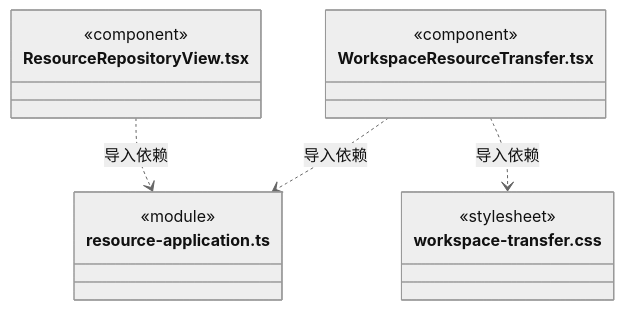
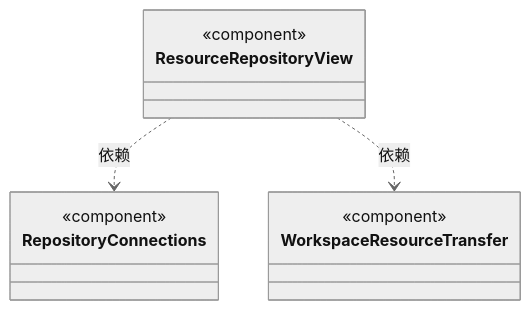
One commit to nan023062/cbim changed the diagram in src/view/resources/ARCHITECTURE.md. Above: the diagram before and after it, drawn with Mermaid (neutral theme). The commit also changed other lines of this file and 158 other files, not shown here.

Commit message:
docs: model architecture through nested virtual encapsulations

````diff
--- a/src/view/resources/ARCHITECTURE.md
+++ b/src/view/resources/ARCHITECTURE.md
@@ -346,18 +21,17 @@
 ```mermaid
 classDiagram
-class N_src_view_resources_ResourceRepositoryView_tsx["ResourceRepositoryView.tsx"] {
+class N_b797aca046dd["ResourceRepositoryView"] {
   <<component>>
 }
-class N_src_view_resources_resource_application_ts["resource-application.ts"] {
-  <<module>>
-}
-class N_src_view_resources_WorkspaceResourceTransfer_tsx["WorkspaceResourceTransfer.tsx"] {
+click N_b797aca046dd href "ResourceRepositoryView.tsx"
+class N_8c9735b973da["RepositoryConnections"] {
   <<component>>
 }
-class N_src_view_resources_workspace_transfer_css["workspace-transfer.css"] {
-  <<stylesheet>>
+click N_8c9735b973da href "RepositoryConnections.tsx"
+class N_2af600758a68["WorkspaceResourceTransfer"] {
+  <<component>>
 }
-N_src_view_resources_ResourceRepositoryView_tsx ..> N_src_view_resources_resource_application_ts : 导入依赖
-N_src_view_resources_WorkspaceResourceTransfer_tsx ..> N_src_view_resources_resource_application_ts : 导入依赖
-N_src_view_resources_WorkspaceResourceTransfer_tsx ..> N_src_view_resources_workspace_transfer_css : 导入依赖
+click N_2af600758a68 href "WorkspaceResourceTransfer.tsx"
+N_b797aca046dd ..> N_8c9735b973da : 依赖
+N_b797aca046dd ..> N_2af600758a68 : 依赖
 ```
````
